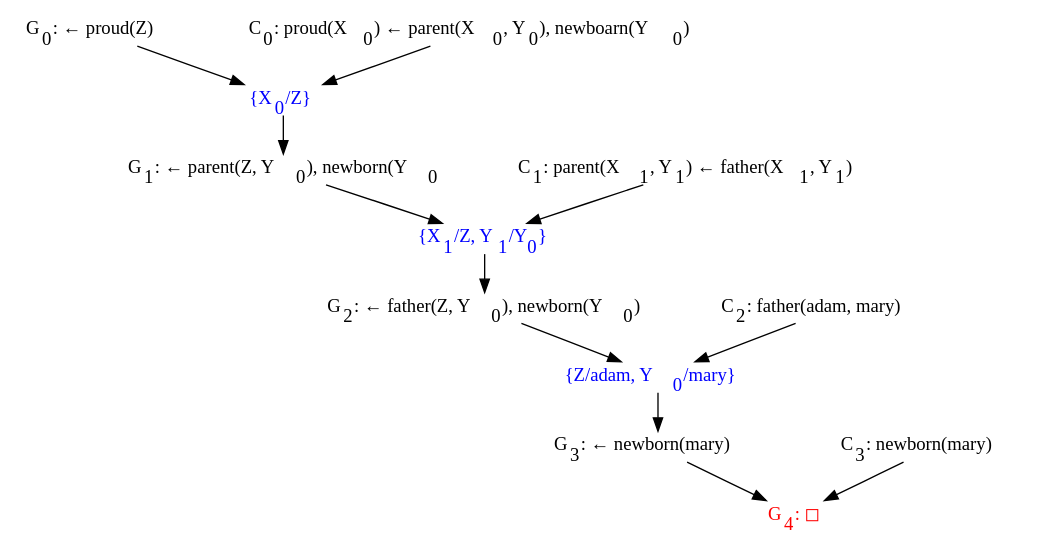
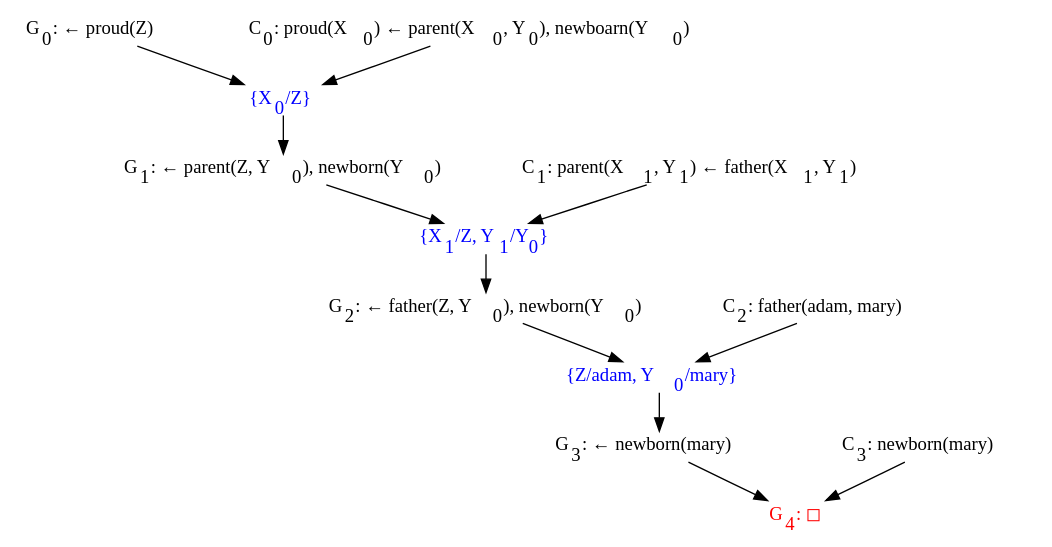
The diagram in logic-based-learning/graphics/sld-derivation-example.dot (mauris/written), drawn with Graphviz before and after one commit. The commit also changed 1 other file, not shown here.

```diff
--- a/logic-based-learning/graphics/sld-derivation-example.dot
+++ b/logic-based-learning/graphics/sld-derivation-example.dot
@@ -1,31 +1,31 @@
 digraph {
   nodesep=0.6; 
   ranksep=0.4;
   node [shape=none, height=0.1]
   0 [label=<G<SUB>0</SUB>: &larr; proud(Z)>];
   1 [label=<C<SUB>0</SUB>: proud(X<SUB>0</SUB>) &larr; parent(X<SUB>0</SUB>, Y<SUB>0</SUB>), newboarn(Y<SUB>0</SUB>)>];
   2 [label=<{X<SUB>0</SUB>/Z}> fontcolor="blue"];
   0 -> 2;
   1 -> 2;
-  3 [label=<G<SUB>1</SUB>: &larr; parent(Z, Y<SUB>0</SUB>), newborn(Y<SUB>0</SUB>>];
+  3 [label=<G<SUB>1</SUB>: &larr; parent(Z, Y<SUB>0</SUB>), newborn(Y<SUB>0</SUB>)>];
   2 -> 3;
   
   4 [label=<C<SUB>1</SUB>: parent(X<SUB>1</SUB>, Y<SUB>1</SUB>) &larr; father(X<SUB>1</SUB>, Y<SUB>1</SUB>)>];
   5 [label=<{X<SUB>1</SUB>/Z, Y<SUB>1</SUB>/Y<SUB>0</SUB>}> fontcolor="blue"];
   3 -> 5;
   4 -> 5;
   6 [label=<G<SUB>2</SUB>: &larr; father(Z, Y<SUB>0</SUB>), newborn(Y<SUB>0</SUB>)>];
   5 -> 6;
   
   7 [label=<C<SUB>2</SUB>: father(adam, mary)>];
   8 [label=<{Z/adam, Y<SUB>0</SUB>/mary}> fontcolor="blue"];
   6 -> 8;
   7 -> 8;
   9 [label=<G<SUB>3</SUB>: &larr; newborn(mary)>];
   8 -> 9;
   
   10 [label=<C<SUB>3</SUB>: newborn(mary)>];
   11 [label=<G<SUB>4</SUB>: &#9723;> fontcolor="red"];
   9 -> 11;
   10 -> 11;
 }
```
